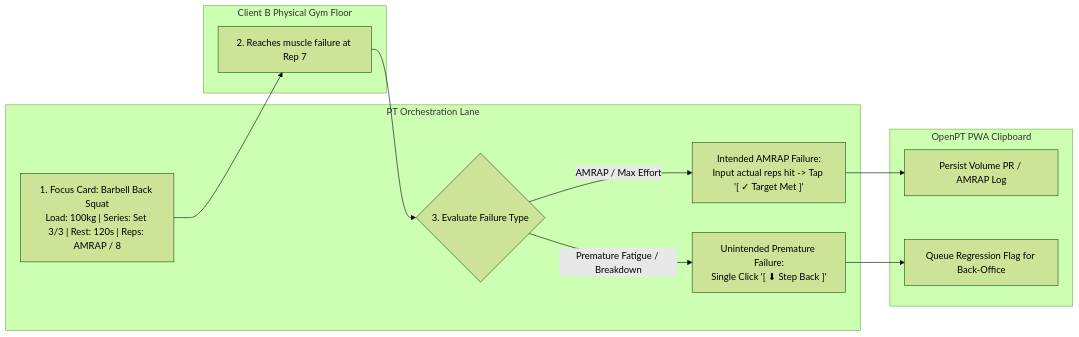
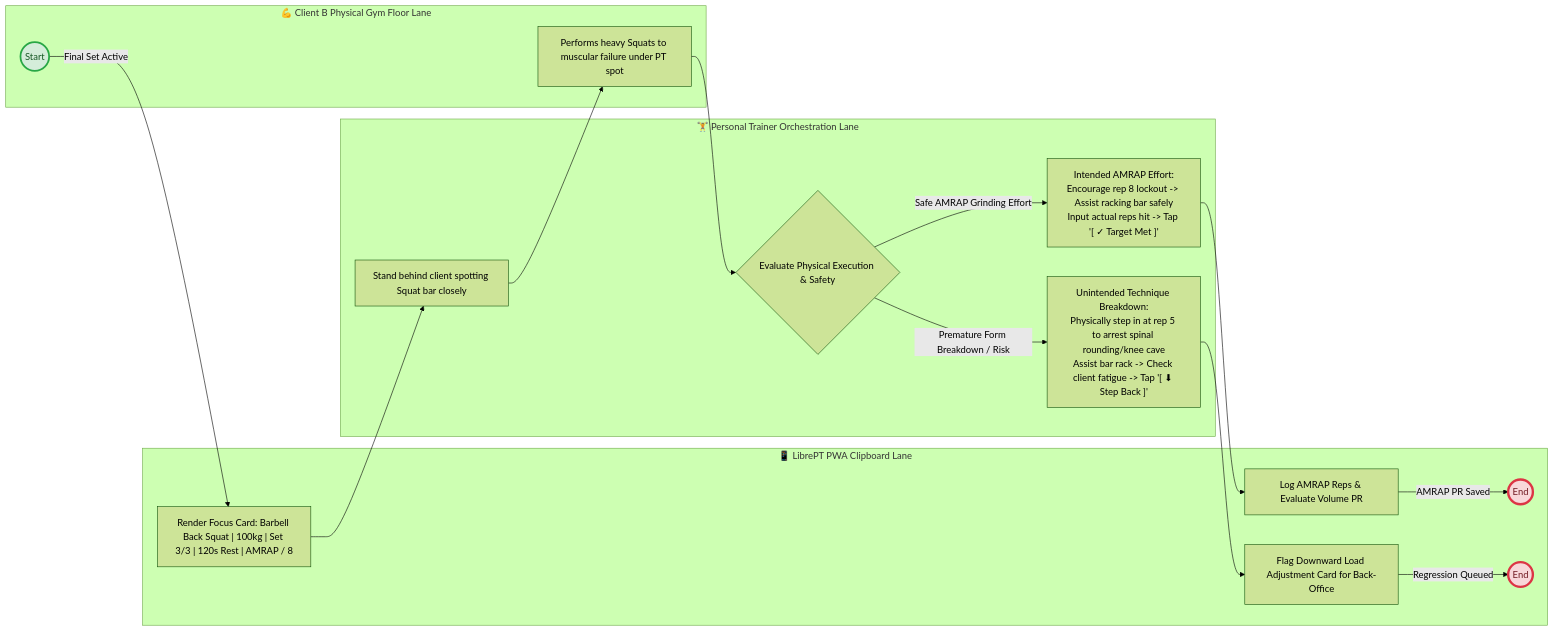
One commit to stutek/LibrePT changed the third of 4 diagrams in use_cases/uc1_gym_floor_clipboard.md. Above: the diagram before and after it, drawn with Mermaid (forest theme). The commit also changed other lines of this file and 14 other files, not shown here.

````diff
--- a/use_cases/uc1_gym_floor_clipboard.md
+++ b/use_cases/uc1_gym_floor_clipboard.md
@@ -83,25 +103,37 @@
 ```mermaid
 graph LR
-    subgraph TrainerLane["PT Orchestration Lane"]
-        T31["1. Focus Card: Barbell Back Squat<br/>Load: 100kg | Series: Set 3/3 | Rest: 120s | Reps: AMRAP / 8"]
-        T32{"3. Evaluate Failure Type"}
-        T3Intended["Intended AMRAP Failure:<br/>Input actual reps hit -> Tap '[ ✓ Target Met ]'"]
-        T3Unintended["Unintended Premature Failure:<br/>Single Click '[ ⬇ Step Back ]'"]
+    subgraph PWALane ["📱 LibrePT PWA Clipboard Lane"]
+        PWA31["Render Focus Card: Barbell Back Squat | 100kg | Set 3/3 | 120s Rest | AMRAP / 8"]
+        PWA32["Log AMRAP Reps & Evaluate Volume PR"]
+        PWA33["Flag Downward Load Adjustment Card for Back-Office"]
+        End3A(("End"))
+        End3B(("End"))
     end
 
-    subgraph ClientBLane["Client B Physical Gym Floor"]
-        CB31["2. Reaches muscle failure at Rep 7"]
+    subgraph TrainerLane ["🏋️ Personal Trainer Orchestration Lane"]
+        T31["Stand behind client spotting Squat bar closely"]
+        GW3{"Evaluate Physical Execution & Safety"}
+        T3Intended["Intended AMRAP Effort:<br/>Encourage rep 8 lockout -> Assist racking bar safely<br/>Input actual reps hit -> Tap '[ ✓ Target Met ]'"]
+        T3Unintended["Unintended Technique Breakdown:<br/>Physically step in at rep 5 to arrest spinal rounding/knee cave<br/>Assist bar rack -> Check client fatigue -> Tap '[ ⬇ Step Back ]'"]
     end
 
-    subgraph PWALane["OpenPT PWA Clipboard"]
-        P31["Persist Volume PR / AMRAP Log"]
-        P32["Queue Regression Flag for Back-Office"]
+    subgraph ClientLane ["💪 Client B Physical Gym Floor Lane"]
+        Start3(("Start"))
+        CB31["Performs heavy Squats to muscular failure under PT spot"]
     end
 
+    Start3 -- "Final Set Active" --> PWA31
+    PWA31 --> T31
     T31 --> CB31
-    CB31 --> T32
-    T32 -- "AMRAP / Max Effort" --> T3Intended
-    T3Intended --> P31
-    T32 -- "Premature Fatigue / Breakdown" --> T3Unintended
-    T3Unintended --> P32
+    CB31 --> GW3
+    GW3 -- "Safe AMRAP Grinding Effort" --> T3Intended
+    T3Intended --> PWA32
+    PWA32 -- "AMRAP PR Saved" --> End3A
+    GW3 -- "Premature Form Breakdown / Risk" --> T3Unintended
+    T3Unintended --> PWA33
+    PWA33 -- "Regression Queued" --> End3B
+
+    style Start3 fill:#d4edda,stroke:#28a745,stroke-width:3px,color:#155724
+    style End3A fill:#f8d7da,stroke:#dc3545,stroke-width:4px,color:#721c24
+    style End3B fill:#f8d7da,stroke:#dc3545,stroke-width:4px,color:#721c24
 ```
````
